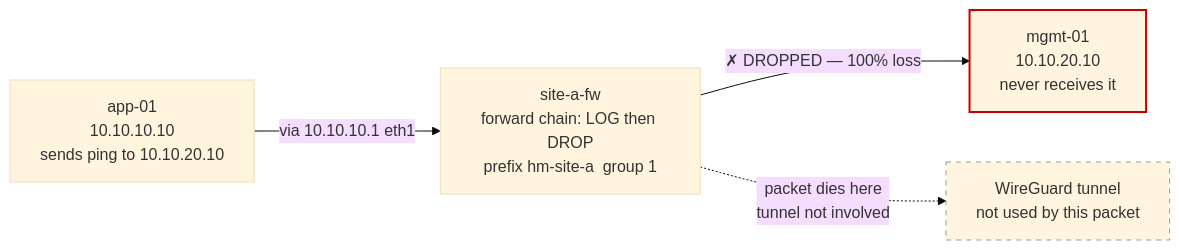
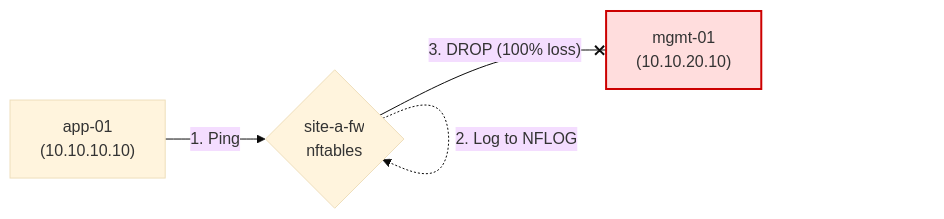
One commit to Douglasdadog/hm-network-home-lab changed the second of 3 diagrams in docs/topology.md. Above: the diagram before and after it, drawn with Mermaid (base theme). The commit also changed other lines of this file, not shown here.

Commit message:
simplify topology diagrams for clean visual readability

````diff
--- a/docs/topology.md
+++ b/docs/topology.md
@@ -59,13 +49,13 @@
 ```mermaid
 flowchart LR
-  app01["app-01\n10.10.10.10\nsends ping to 10.10.20.10"]
-  fwA["site-a-fw\nforward chain: LOG then DROP\nprefix hm-site-a  group 1"]
-  mgmt01["mgmt-01\n10.10.20.10\nnever receives it"]
-  wg["WireGuard tunnel\nnot used by this packet"]
+  app01["app-01<br/>(10.10.10.10)"]
+  fwA{"site-a-fw<br/>nftables"}
+  mgmt01["mgmt-01<br/>(10.10.20.10)"]
 
-  app01 -->|"via 10.10.10.1 eth1"| fwA
-  fwA -->|"✗ DROPPED — 100% loss"| mgmt01
-  fwA -. "packet dies here\ntunnel not involved" .-> wg
-  style mgmt01 stroke:#cc0000,stroke-width:2px
-  style wg stroke:#999,stroke-dasharray:5 5
+  app01 -->|"1. Ping"| fwA
+  fwA -.->|"2. Log to NFLOG"| fwA
+  fwA --x|"3. DROP (100% loss)"| mgmt01
+
+  classDef drop fill:#ffdddd,stroke:#cc0000,stroke-width:2px;
+  class mgmt01 drop;
 ```
````
